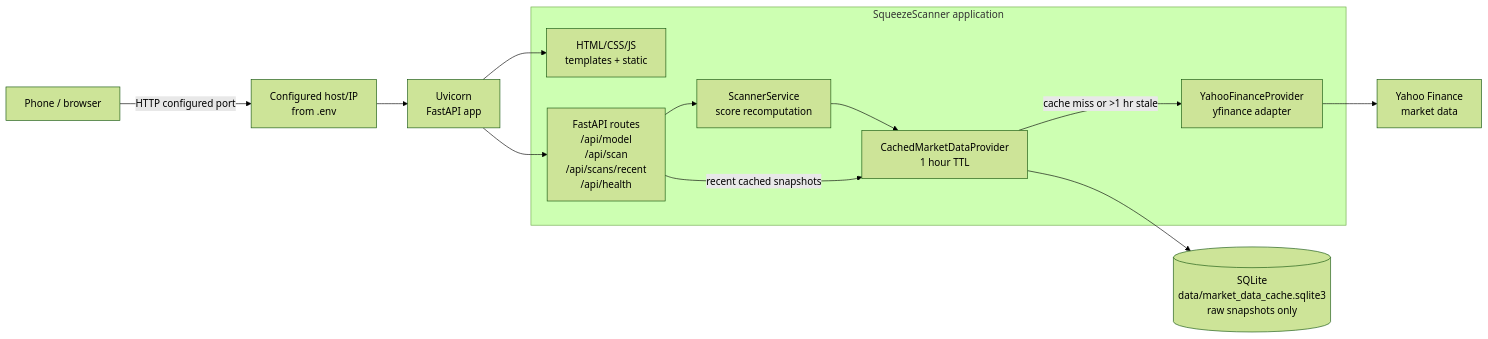
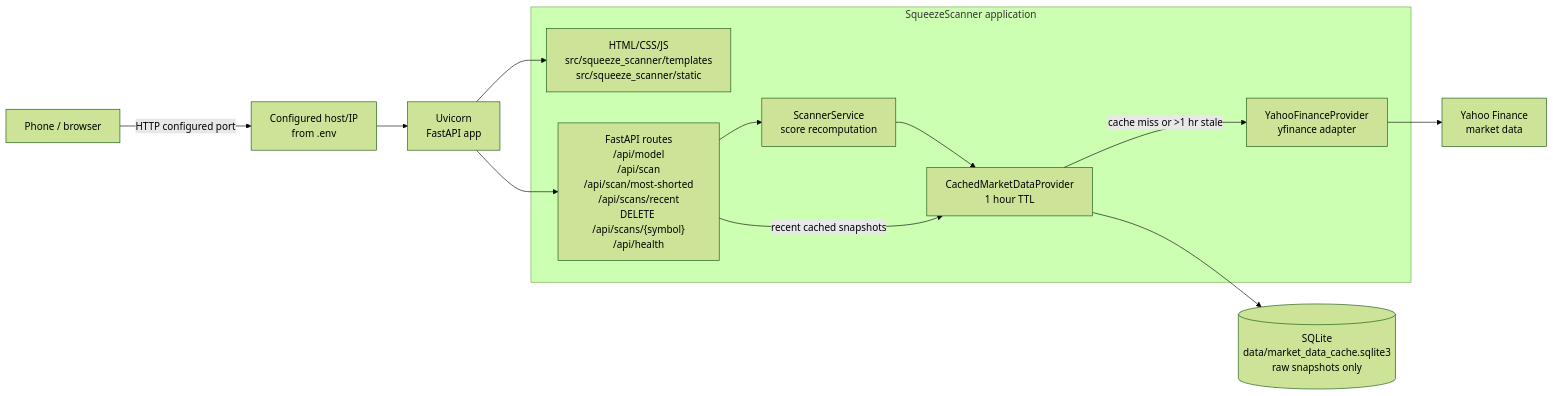
One commit to agorevski/SqueezeScanner changed the first of 2 diagrams in ARCHITECTURE.md. Above: the diagram before and after it, drawn with Mermaid (forest theme). The commit also changed other lines of this file and 21 other files, not shown here.

````diff
--- a/ARCHITECTURE.md
+++ b/ARCHITECTURE.md
@@ -3,22 +3,22 @@
 ```mermaid
 flowchart LR
     Phone["Phone / browser"] -->|HTTP configured port| Network["Configured host/IP<br/>from .env"]
     Network --> Uvicorn["Uvicorn<br/>FastAPI app"]
 
     subgraph WebApp["SqueezeScanner application"]
-        UI["HTML/CSS/JS<br/>templates + static"]
-        API["FastAPI routes<br/>/api/model<br/>/api/scan<br/>/api/scans/recent<br/>/api/health"]
+        UI["HTML/CSS/JS<br/>src/squeeze_scanner/templates<br/>src/squeeze_scanner/static"]
+        API["FastAPI routes<br/>/api/model<br/>/api/scan<br/>/api/scan/most-shorted<br/>/api/scans/recent<br/>DELETE /api/scans/{symbol}<br/>/api/health"]
         Scanner["ScannerService<br/>score recomputation"]
         CacheProvider["CachedMarketDataProvider<br/>1 hour TTL"]
         YahooProvider["YahooFinanceProvider<br/>yfinance adapter"]
     end
 
     Uvicorn --> UI
     Uvicorn --> API
     API --> Scanner
     Scanner --> CacheProvider
     API -->|"recent cached snapshots"| CacheProvider
     CacheProvider --> SQLite[("SQLite<br/>data/market_data_cache.sqlite3<br/>raw snapshots only")]
     CacheProvider -->|"cache miss or >1 hr stale"| YahooProvider
     YahooProvider --> Yahoo["Yahoo Finance<br/>market data"]
 ```
````
